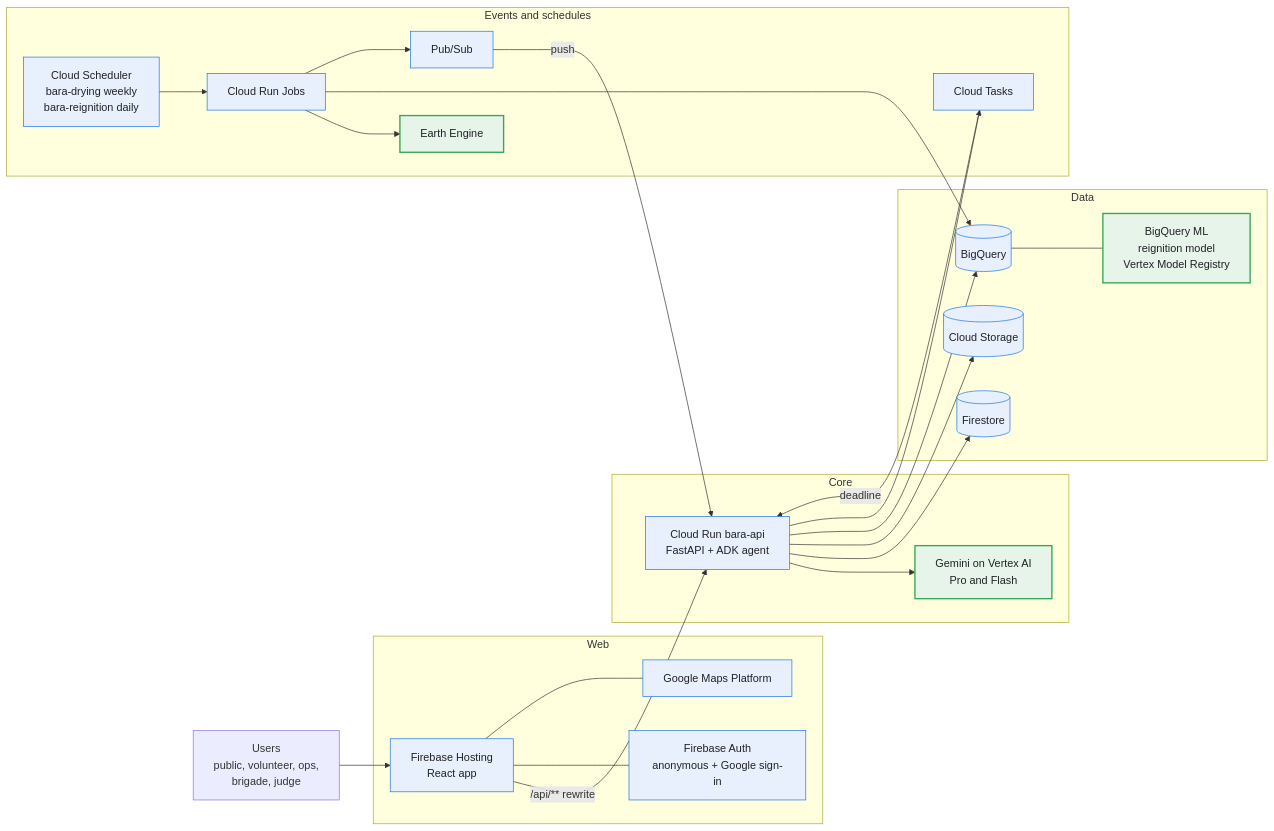
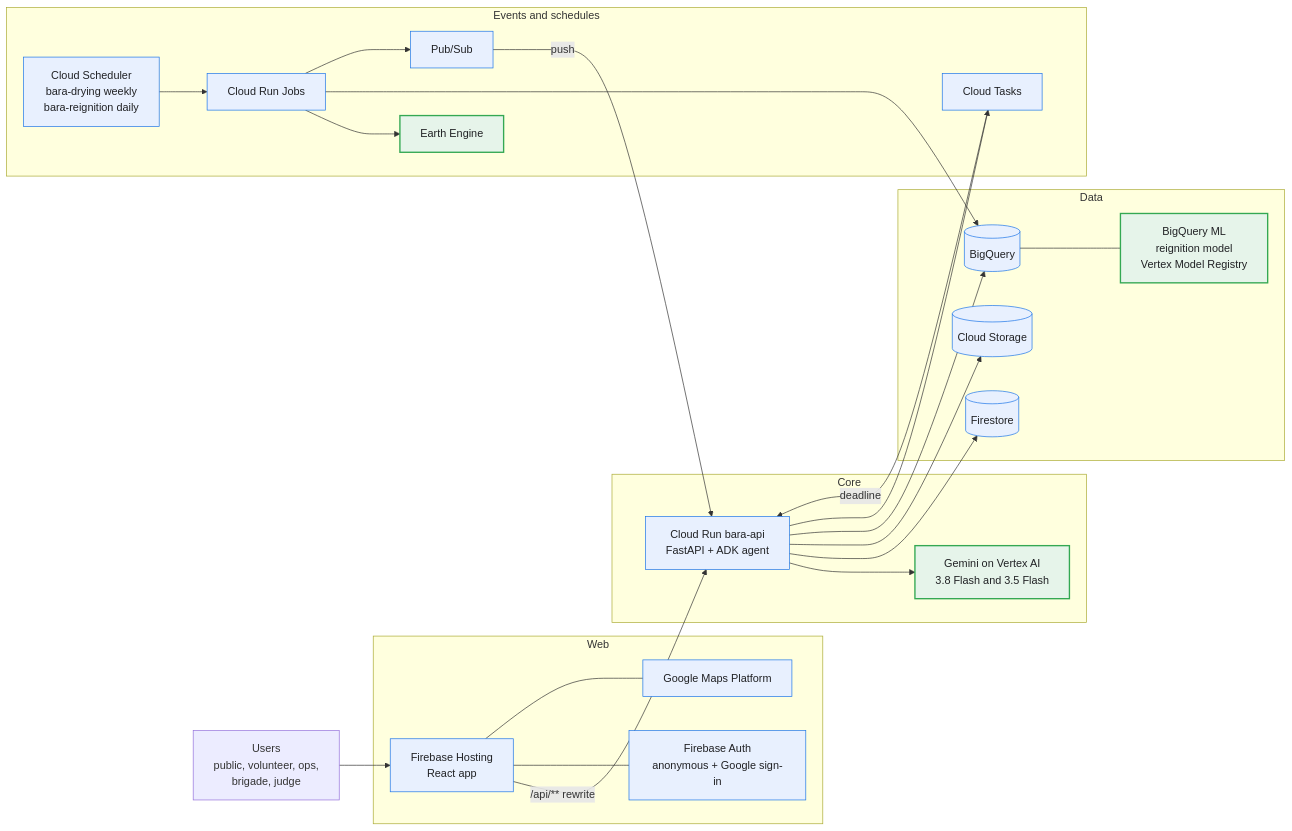
The diagram in README.md (faber-eng/bara), drawn with Mermaid before and after one commit. The commit also changed other lines of this file, not shown here.

Commit message:
docs(readme): name the Gemini models in use

````diff
--- a/README.md
+++ b/README.md
@@ -27,44 +27,44 @@
 ```mermaid
 flowchart LR
   U["Users<br/>public, volunteer, ops,<br/>brigade, judge"]
   subgraph Edge["Web"]
     H["Firebase Hosting<br/>React app"]:::gcp
     A["Firebase Auth<br/>anonymous + Google sign-in"]:::gcp
     M["Google Maps Platform"]:::gcp
   end
   subgraph Core["Core"]
     API["Cloud Run bara-api<br/>FastAPI + ADK agent"]:::gcp
-    G["Gemini on Vertex AI<br/>Pro and Flash"]:::ai
+    G["Gemini on Vertex AI<br/>3.8 Flash and 3.5 Flash"]:::ai
   end
   subgraph Data["Data"]
     FS[("Firestore")]:::gcp
     GCS[("Cloud Storage")]:::gcp
     BQ[("BigQuery")]:::gcp
     ML["BigQuery ML<br/>reignition model<br/>Vertex Model Registry"]:::ai
   end
   subgraph Async["Events and schedules"]
     PS["Pub/Sub"]:::gcp
     CT["Cloud Tasks"]:::gcp
     SCH["Cloud Scheduler<br/>bara-drying weekly<br/>bara-reignition daily"]:::gcp
     JOB["Cloud Run Jobs"]:::gcp
     EE["Earth Engine"]:::ai
   end
   U --> H
   H -->|"/api/** rewrite"| API
   H --- A
   H --- M
   API --> G
   API --> FS
   API --> GCS
   API --> BQ
   BQ --- ML
   API --> CT
   CT -->|"deadline"| API
   SCH --> JOB
   JOB --> EE
   JOB --> BQ
   JOB --> PS
   PS -->|"push"| API
   classDef gcp fill:#e8f0fe,stroke:#1a73e8,color:#202124
   classDef ai fill:#e6f4ea,stroke:#34a853,stroke-width:2px,color:#202124
 ```
````
